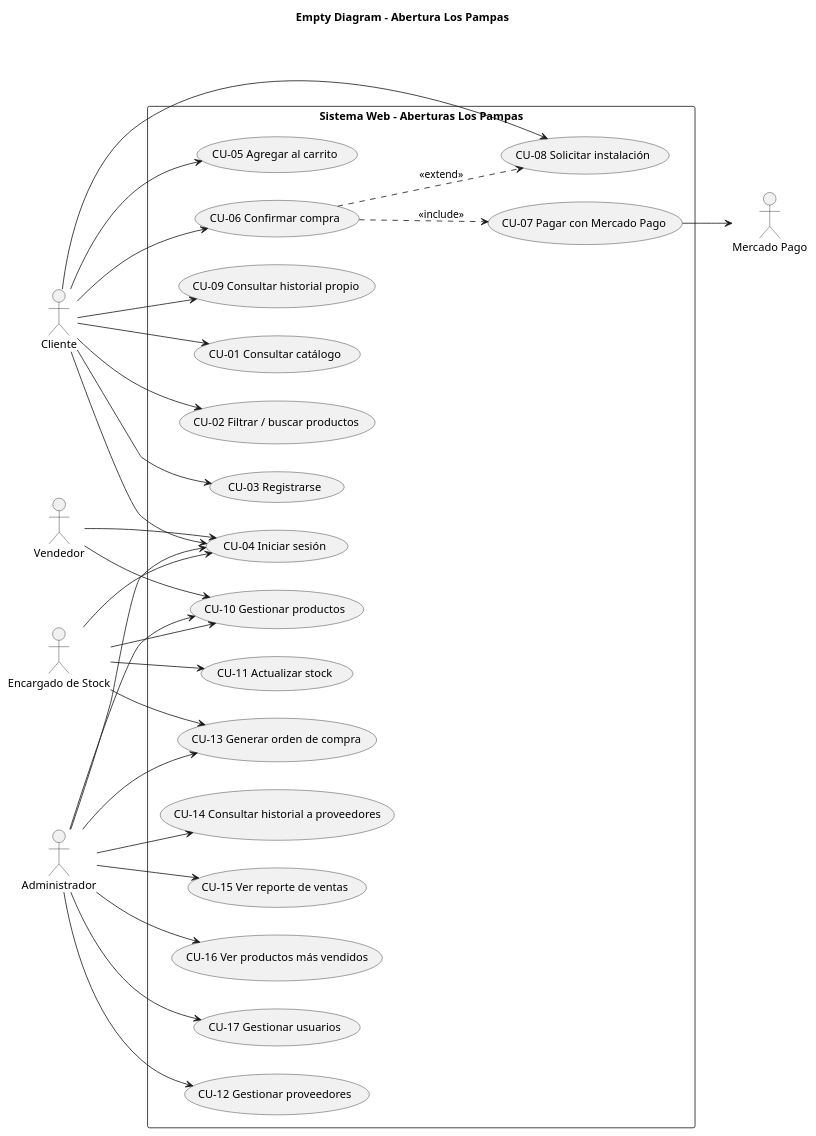
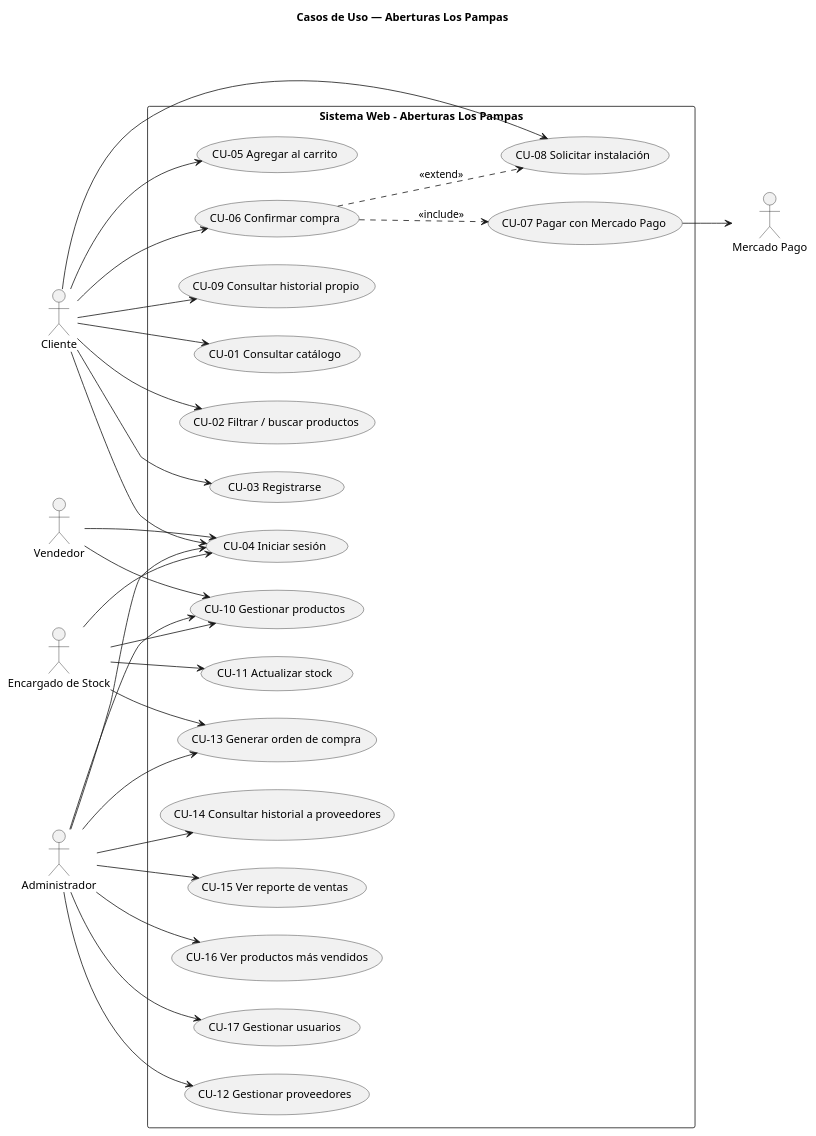
One commit to ScagliaUriel/desarrollo-web-aberturas-los-pampas changed the diagram in diagramas/casos-de-uso.puml. Above: the diagram before and after it, drawn with PlantUML. The commit also changed other lines of this file, not shown here.

Commit message:
Actualización del diagrama de Casos de Uso: corrección del título y eliminación de contenido innecesario.

```diff
--- a/diagramas/casos-de-uso.puml
+++ b/diagramas/casos-de-uso.puml
@@ -1,63 +1,63 @@
 @startuml casos-de-uso
 
-title Empty Diagram - Abertura Los Pampas
+title Casos de Uso — Aberturas Los Pampas
 
 left to right direction
 skinparam packageStyle rectangle
 
 actor Cliente
 actor Vendedor
 actor "Encargado de Stock" as Stock
 actor Administrador
 actor "Mercado Pago" as MP
 
 rectangle "Sistema Web - Aberturas Los Pampas" {
   usecase "CU-01 Consultar catálogo" as CU01
   usecase "CU-02 Filtrar / buscar productos" as CU02
   usecase "CU-03 Registrarse" as CU03
   usecase "CU-04 Iniciar sesión" as CU04
   usecase "CU-05 Agregar al carrito" as CU05
   usecase "CU-06 Confirmar compra" as CU06
   usecase "CU-07 Pagar con Mercado Pago" as CU07
   usecase "CU-08 Solicitar instalación" as CU08
   usecase "CU-09 Consultar historial propio" as CU09
   usecase "CU-10 Gestionar productos" as CU10
   usecase "CU-11 Actualizar stock" as CU11
   usecase "CU-12 Gestionar proveedores" as CU12
   usecase "CU-13 Generar orden de compra" as CU13
   usecase "CU-14 Consultar historial a proveedores" as CU14
   usecase "CU-15 Ver reporte de ventas" as CU15
   usecase "CU-16 Ver productos más vendidos" as CU16
   usecase "CU-17 Gestionar usuarios" as CU17
 }
 
 Cliente --> CU01
 Cliente --> CU02
 Cliente --> CU03
 Cliente --> CU04
 Cliente --> CU05
 Cliente --> CU06
 Cliente --> CU08
 Cliente --> CU09
 
 CU06 ..> CU07 : <<include>>
 CU06 ..> CU08 : <<extend>>
 CU07 --> MP
 
 Vendedor --> CU04
 Vendedor --> CU10
 Stock --> CU04
 Stock --> CU10
 Stock --> CU11
 Stock --> CU13
 
 Administrador --> CU04
 Administrador --> CU10
 Administrador --> CU12
 Administrador --> CU13
 Administrador --> CU14
 Administrador --> CU15
 Administrador --> CU16
 Administrador --> CU17
 
 @enduml
```
